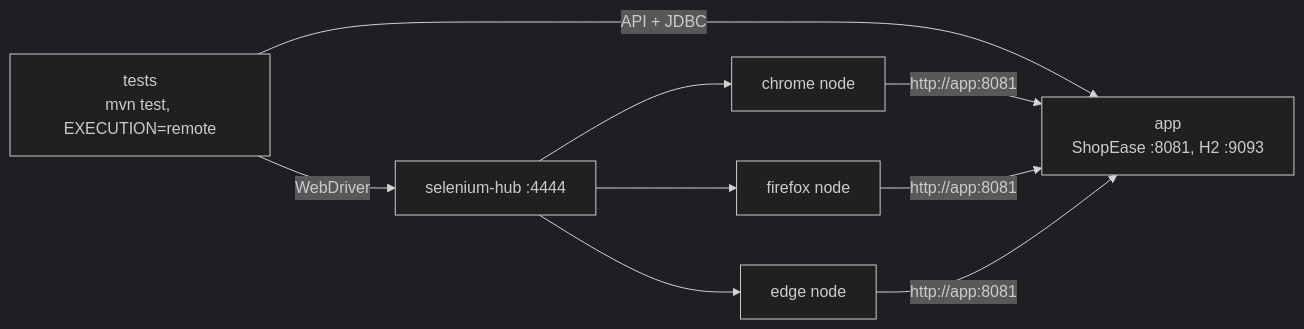
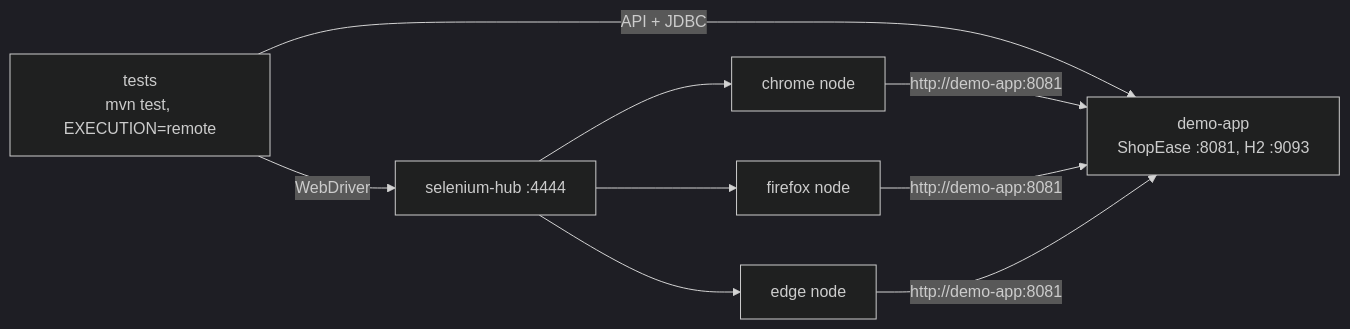
One commit to niranjankagri/enterprise-test-automation-framework changed the diagram in docs/docker.md. Above: the diagram before and after it, drawn with Mermaid (dark theme). The commit also changed other lines of this file and 6 other files, not shown here.

First line of the commit message:
fix(docker): rename the app service so Chrome can reach it

````diff
--- a/docs/docker.md
+++ b/docs/docker.md
@@ -50,7 +50,7 @@
 ```mermaid
 flowchart LR
-    tests["tests<br/>mvn test, EXECUTION=remote"] -- "API + JDBC" --> app["app<br/>ShopEase :8081, H2 :9093"]
+    tests["tests<br/>mvn test, EXECUTION=remote"] -- "API + JDBC" --> app["demo-app<br/>ShopEase :8081, H2 :9093"]
     tests -- "WebDriver" --> hub["selenium-hub :4444"]
     hub --> chrome["chrome node"] & firefox["firefox node"] & edge["edge node"]
-    chrome & firefox & edge -- "http://app:8081" --> app
+    chrome & firefox & edge -- "http://demo-app:8081" --> app
 ```
````
